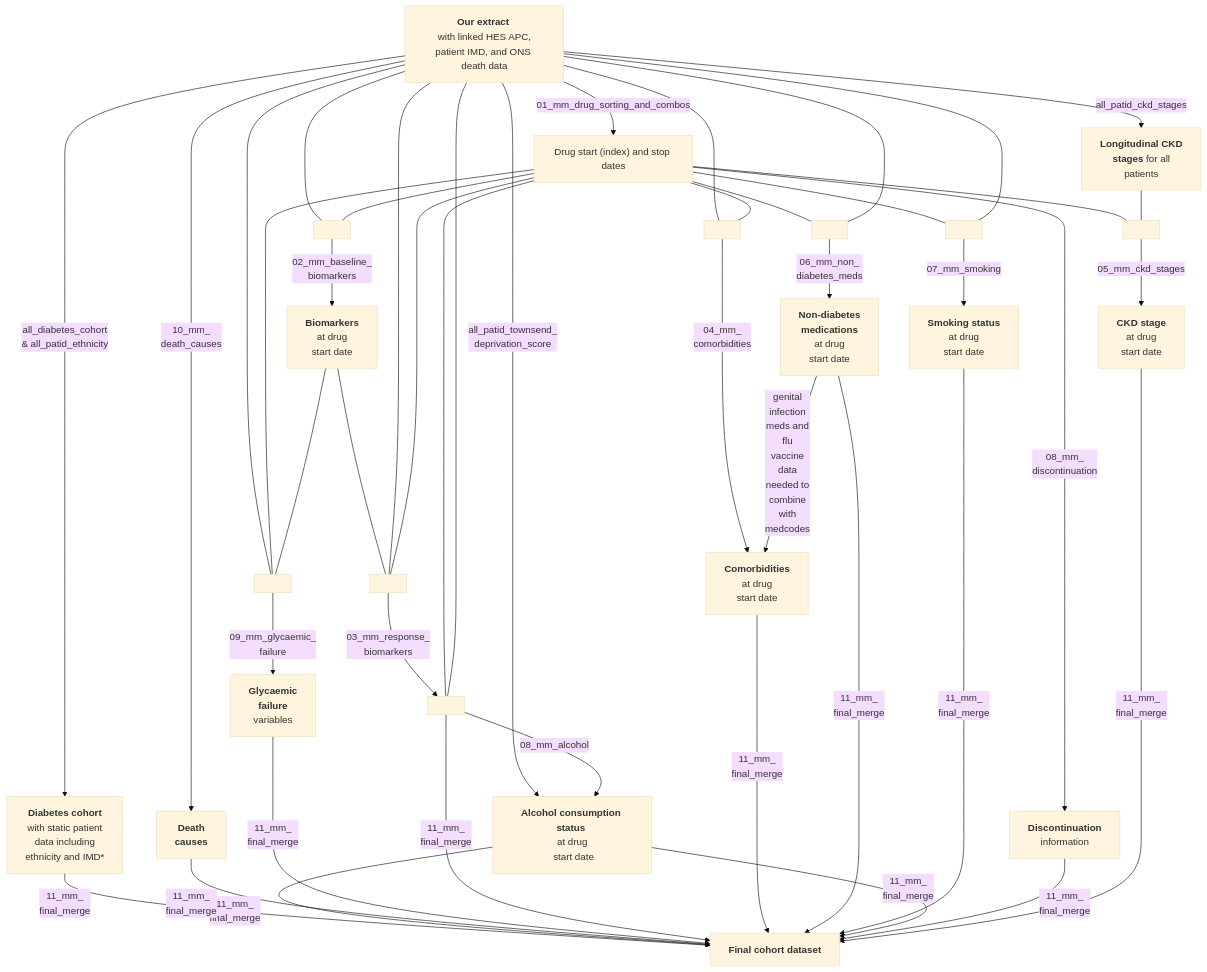
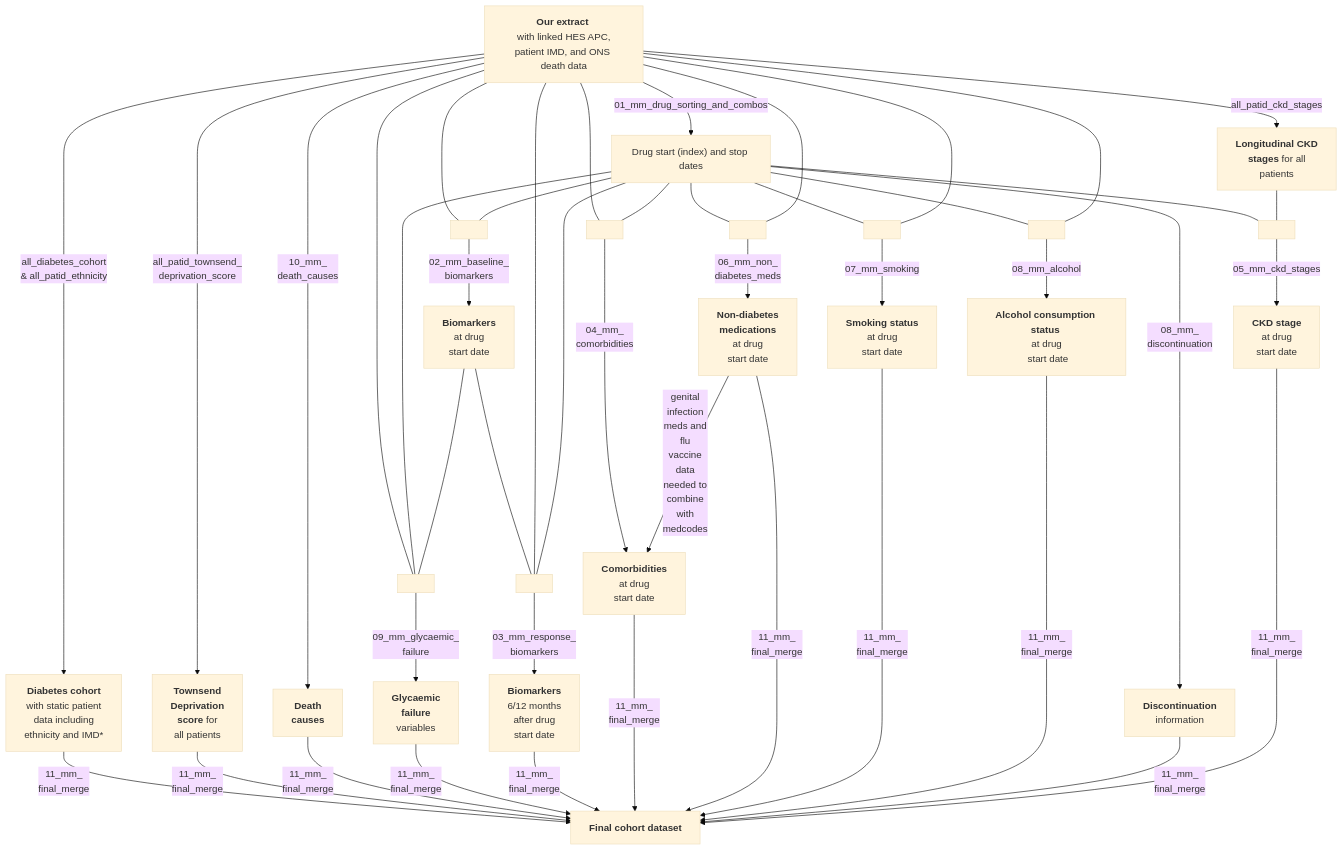
One commit to Exeter-Diabetes/CPRD-Cohort-scripts changed the diagram in 03-Treatment-response-(MASTERMIND)/README.md. Above: the diagram before and after it, drawn with Mermaid (base theme).

````diff
--- a/03-Treatment-response-(MASTERMIND)/README.md
+++ b/03-Treatment-response-(MASTERMIND)/README.md
@@ -20,59 +20,59 @@
 ```mermaid
 graph TD;
     A["<b>Our extract</b> <br> with linked HES APC, patient IMD, and ONS death data"] --> |"all_diabetes_cohort <br> & all_patid_ethnicity"|B["<b>Diabetes cohort<br></b> with static patient <br>data including <br>ethnicity and IMD*"]
     A-->|"all_patid_townsend_<br>deprivation_score"|N["<b>Townsend<br> Deprivation<br>score</b> for<br> all patients"]
     A-->|"10_mm_<br>death_causes"|O["<b>Death<br>causes</b>"]
     A-->|"01_mm_drug_sorting_and_combos"|H["Drug start (index) and stop dates"]
 
     A---P[ ]:::empty
     H---P
     E---P
     P-->|"09_mm_glycaemic_<br>failure"|Q["<b>Glycaemic<br>failure</b><br>variables"]
 
     A---Y[ ]:::empty
     H---Y
     Y-->|"02_mm_baseline_<br>biomarkers"|E["<b>Biomarkers</b> <br> at drug <br> start date"]
 
     E---T[ ]:::empty
     A---T
     H---T
     T-->|"03_mm_response_<br>biomarkers"|L["<b>Biomarkers</b> <br> 6/12 months <br> after drug <br>start date"]
     
     A---W[ ]:::empty
     H---W
     W-->|"04_mm_<br>comorbidities"|F["<b>Comorbidities</b> <br> at drug <br> start date"]
     
     H---U[ ]:::empty
     A---U
     U-->|"06_mm_non_<br>diabetes_meds"|M["<b>Non-diabetes <br>medications</b> <br> at drug <br> start date"]
     
     M-->|"genital<br>infection<br>meds and<br>flu<br>vaccine<br>data<br>needed to<br>combine<br>with<br>medcodes"|F
     
     H---X[ ]:::empty
     A---X
     X-->|"07_mm_smoking"|G["<b>Smoking status</b> <br> at drug <br> start date"]
     
     H-->|"08_mm_<br>discontinuation"|V["<b>Discontinuation</b><br> information"]
 
-    H---L[ ]:::empty
-    A---L
-    L-->|"08_mm_alcohol"|N["<b>Alcohol consumption status</b> <br> at drug <br> start date"]
+    H---R[ ]:::empty
+    A---R
+    R-->|"08_mm_alcohol"|D["<b>Alcohol consumption status</b> <br> at drug <br> start date"]
  
     A-->|"all_patid_ckd_stages"|C["<b>Longitudinal CKD <br> stages</b> for all <br> patients"]
     H---Z[ ]:::empty
     C---Z
     Z-->|"05_mm_ckd_stages"|I["<b>CKD stage </b> <br> at drug <br> start date"]
     
     
     B-->|"11_mm_<br>final_merge"|J["<b>Final cohort dataset</b>"]
     N-->|"11_mm_<br>final_merge"|J
     O-->|"11_mm_<br>final_merge"|J
     Q-->|"11_mm_<br>final_merge"|J
     L-->|"11_mm_<br>final_merge"|J
     F-->|"11_mm_<br>final_merge"|J
     M-->|"11_mm_<br>final_merge"|J  
     G-->|"11_mm_<br>final_merge"|J
-    N-->|"11_mm_<br>final_merge"|J
+    D-->|"11_mm_<br>final_merge"|J
     V-->|"11_mm_<br>final_merge"|J
     I-->|"11_mm_<br>final_merge"|J  
 ```
````
